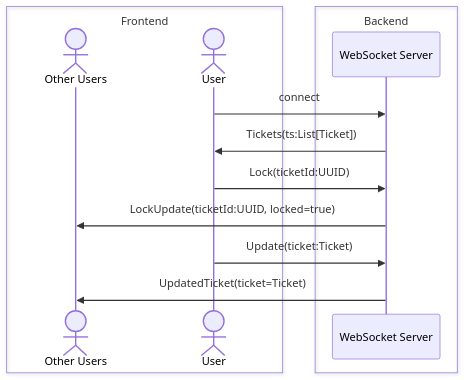
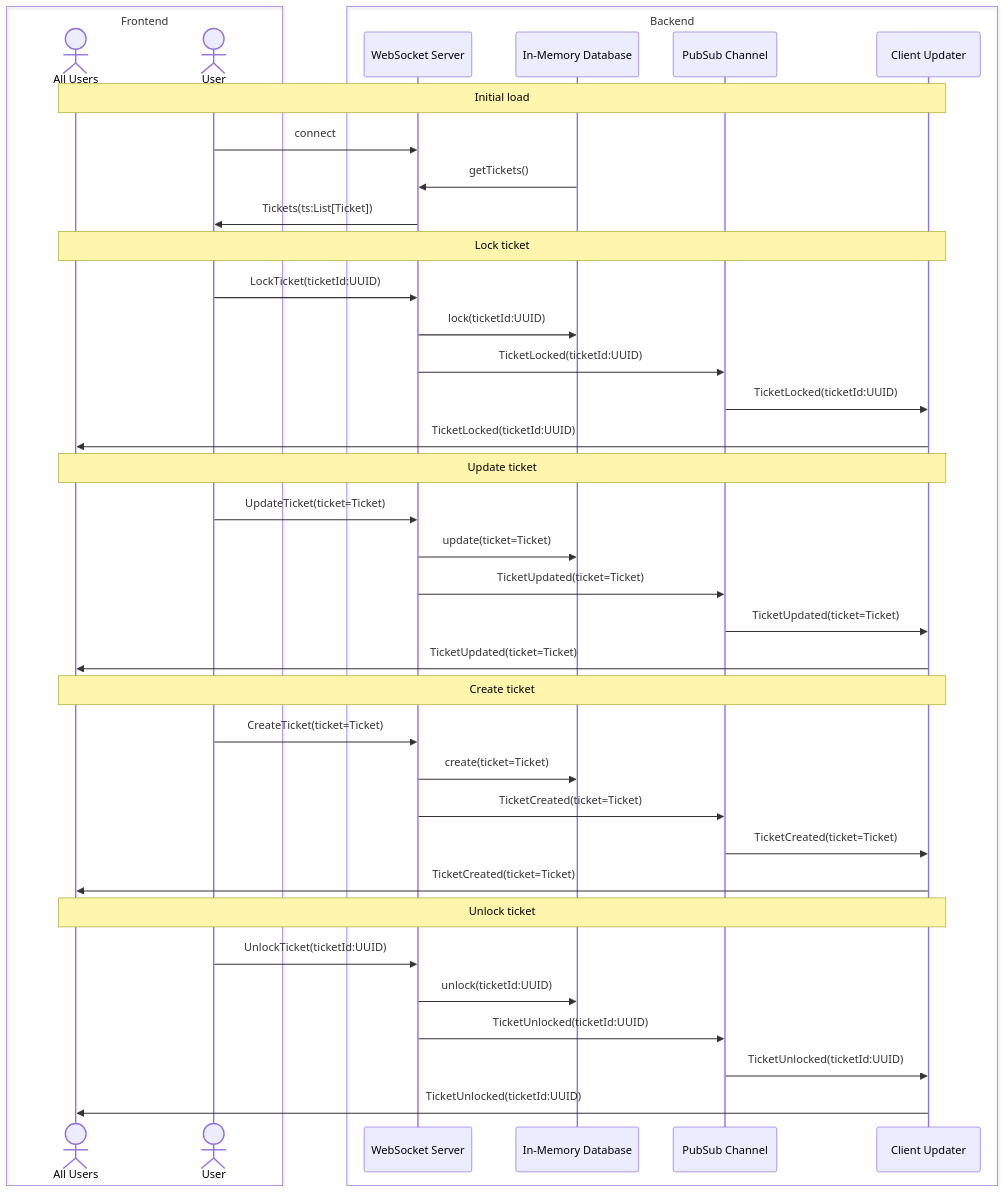
One commit to mtavkhelidze/les-billets changed the diagram in readme.md. Above: the diagram before and after it, drawn with Mermaid. The commit also changed other lines of this file, not shown here.

Commit message:
GH-000 Update readme

````diff
--- a/readme.md
+++ b/readme.md
@@ -13,16 +14,41 @@
 ```mermaid
 sequenceDiagram
     box Frontend
-        actor others as Other Users
+        actor all as All Users
         actor cl as User
     end
     box Backend
         participant ws as WebSocket Server
+        participant db as In-Memory Database
+        participant ps as PubSub Channel
+        participant updater as Client Updater
     end
+    note over all, updater: Initial load
     cl ->> ws: connect
+    db ->> ws: getTickets()
     ws ->> cl: Tickets(ts:List[Ticket])
-    cl ->> ws: Lock(ticketId:UUID)
-    ws ->> others: LockUpdate(ticketId:UUID, locked=true)
-    cl ->> ws: Update(ticket:Ticket)
-    ws ->> others: UpdatedTicket(ticket=Ticket)
+    note over all, updater: Lock ticket
+    cl ->> ws: LockTicket(ticketId:UUID)
+    ws ->> db: lock(ticketId:UUID)
+    ws ->> ps: TicketLocked(ticketId:UUID)
+    ps ->> updater: TicketLocked(ticketId:UUID)
+    updater ->> all: TicketLocked(ticketId:UUID)
+    note over all, updater: Update ticket
+    cl ->> ws: UpdateTicket(ticket=Ticket)
+    ws ->> db: update(ticket=Ticket)
+    ws ->> ps: TicketUpdated(ticket=Ticket)
+    ps ->> updater: TicketUpdated(ticket=Ticket)
+    updater ->> all: TicketUpdated(ticket=Ticket)
+    note over all, updater: Create ticket
+    cl ->> ws: CreateTicket(ticket=Ticket)
+    ws ->> db: create(ticket=Ticket)
+    ws ->> ps: TicketCreated(ticket=Ticket)
+    ps ->> updater: TicketCreated(ticket=Ticket)
+    updater ->> all: TicketCreated(ticket=Ticket)
+    note over all, updater: Unlock ticket
+    cl ->> ws: UnlockTicket(ticketId:UUID)
+    ws ->> db: unlock(ticketId:UUID)
+    ws ->> ps: TicketUnlocked(ticketId:UUID)
+    ps ->> updater: TicketUnlocked(ticketId:UUID)
+    updater ->> all: TicketUnlocked(ticketId:UUID)
 ```
````
